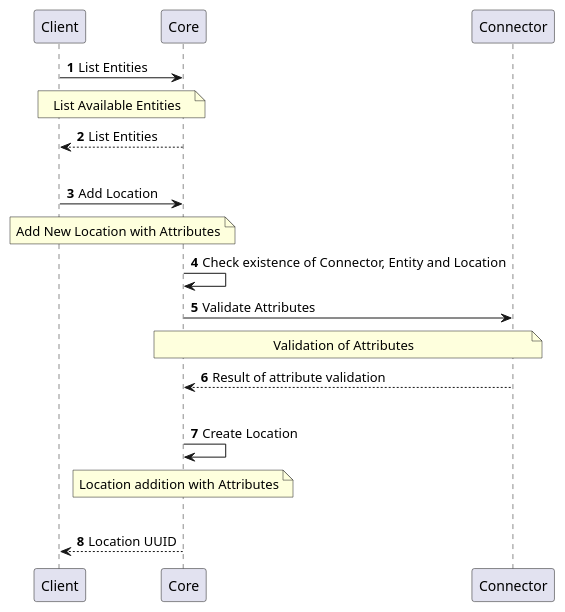
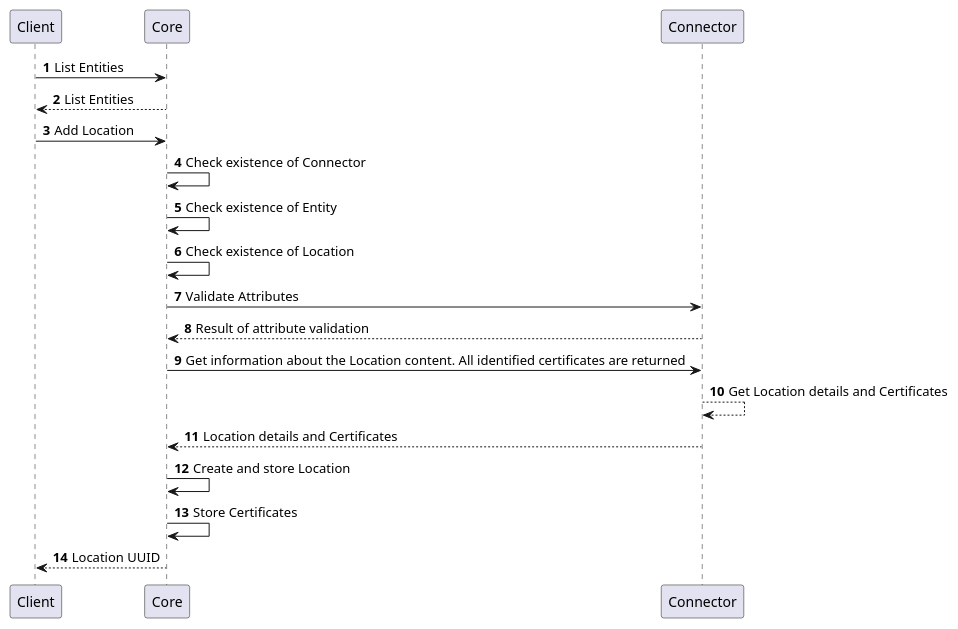
Before and after one commit to CZERTAINLY/CZERTAINLY-Documentation: the fifth of 13 diagrams in docs/12-connectors/05-description/32-entity-provider.md, drawn with PlantUML. The commit also changed other lines of this file and 8 other files, not shown here.

First line of the commit message:
Update description of plantuml diagrams on the providers

````diff
--- a/docs/12-connectors/05-description/32-entity-provider.md
+++ b/docs/12-connectors/05-description/32-entity-provider.md
@@ -127,21 +100,20 @@
 ```plantuml
     @startuml
     autonumber
     skinparam topurl https://docs.czertainly.com/api/
         Client -> Core: List Entities
-        note over Client,Core: List Available Entities
         Core --> Client: List Entities
-        |||
         Client -> Core [[core-location/#tag/Location-Management-API/operation/addLocation]]: Add Location
-        note over Client,Core: Add New Location with Attributes
-        Core->Core: Check existence of Connector, Entity and Location
+        Core->Core: Check existence of Connector
+        Core -> Core: Check existence of Entity
+        Core -> Core: Check existence of Location
         Core -> Connector [[connector-entity-provider/#tag/Entity-Management-API/operation/validateLocationAttributes]]: Validate Attributes
-        note over Core,Connector: Validation of Attributes
         Connector --> Core: Result of attribute validation
-        |||
-        Core -> Core: Create Location
-        note over Core: Location addition with Attributes
-        |||
+        Core -> Connector [[connector-entity-provider/#tag/Location-Operations-API/operation/getLocationDetail]]: Get information about the Location content. All identified certificates are returned
+        Connector --> Connector: Get Location details and Certificates
+        Connector --> Core: Location details and Certificates
+        Core -> Core: Create and store Location
+        Core -> Core: Store Certificates
         Core --> Client: Location UUID
     @enduml
 ```
````
